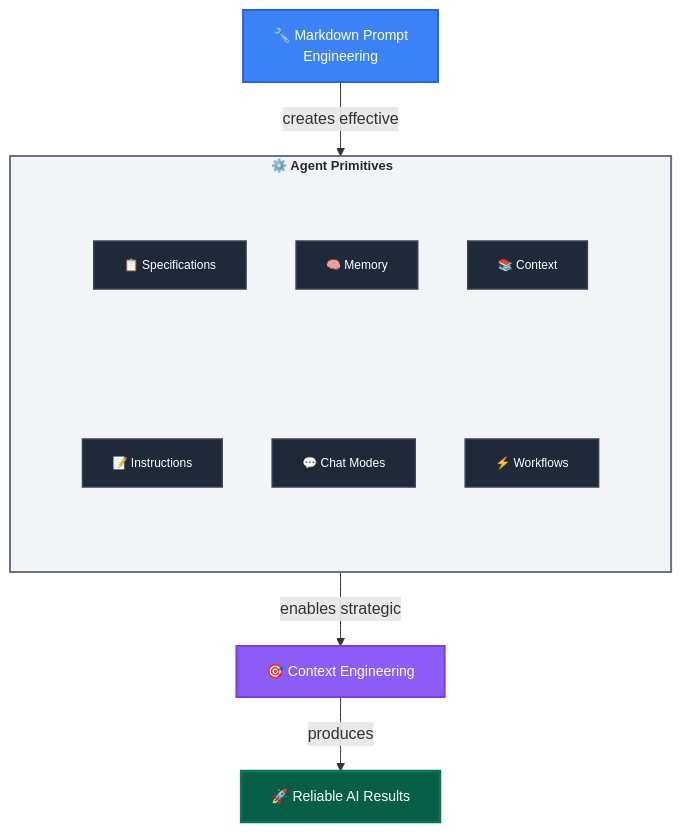
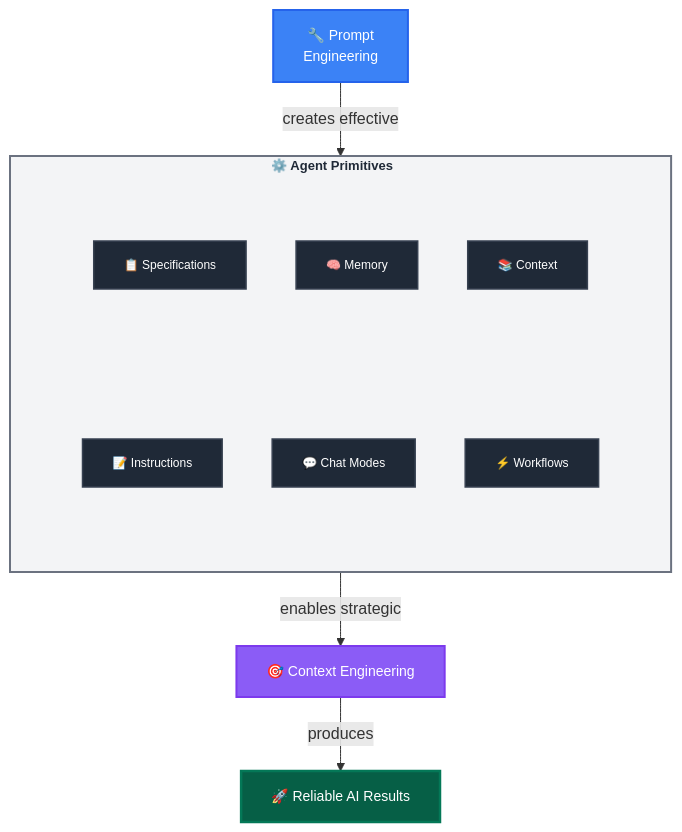
The diagram in docs/concepts/index.md (danielmeppiel/awesome-ai-native), drawn with Mermaid before and after one commit. The commit also changed other lines of this file and 6 other files, not shown here.

````diff
--- a/docs/concepts/index.md
+++ b/docs/concepts/index.md
@@ -141,42 +157,42 @@
 ```mermaid
 flowchart TD
-    A["🔧 Markdown Prompt<br/>Engineering"] 
+    A["🔧 Prompt<br/>Engineering"] 
     
     subgraph B ["⚙️ Agent Primitives"]
         subgraph B_ROW1 [" "]
             B1["📝 Instructions"]
             B2["💬 Chat Modes"] 
             B3["⚡ Workflows"]
         end
         subgraph B_ROW2 [" "]
             B4["📋 Specifications"]
             B5["🧠 Memory"]
             B6["📚 Context"]
         end
     end
     
     C["🎯 Context Engineering"]
     D["🚀 Reliable AI Results"]
     
     A -->|"creates effective"| B
     B -->|"enables strategic"| C
     C -->|"produces"| D
     
     %% Elegant, accessible color palette with proper contrast
     classDef foundation fill:#3b82f6,stroke:#2563eb,stroke-width:2px,color:#ffffff,font-size:14px
     classDef primitives fill:#1f2937,stroke:#374151,stroke-width:1.5px,color:#ffffff,font-size:12px
     classDef optimization fill:#8b5cf6,stroke:#7c3aed,stroke-width:2px,color:#ffffff,font-size:14px
     classDef outcome fill:#065f46,stroke:#047857,stroke-width:2.5px,color:#ffffff,font-size:14px
     
     class A foundation
     class B1,B2,B3,B4,B5,B6 primitives
     class C optimization
     class D outcome
     
     %% Hide the row subgraph borders
     style B_ROW1 fill:transparent,stroke:none
     style B_ROW2 fill:transparent,stroke:none
     
     %% High contrast container styling for Agent Primitives with spacing
     style B fill:#f3f4f6,stroke:#6b7280,stroke-width:2px,color:#1f2937,font-size:13px,font-weight:bold,margin-top:10px,padding-top:15px
 ```
````
